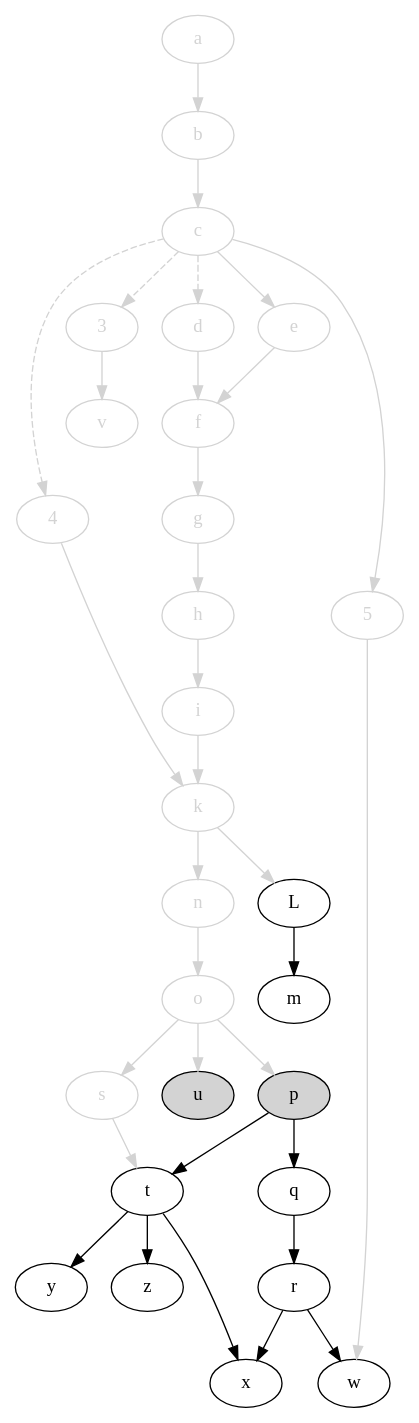
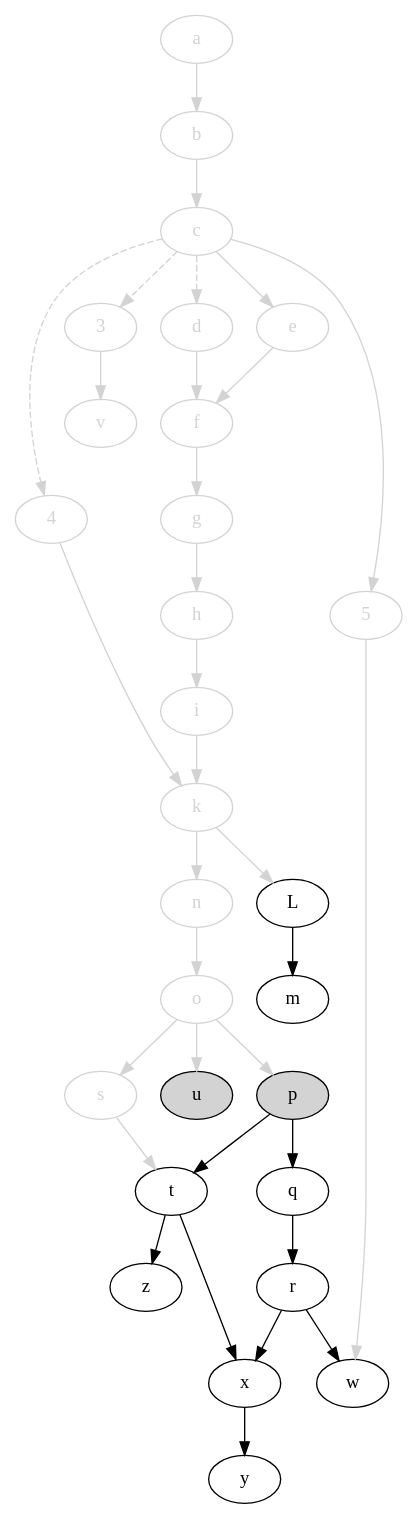
Before and after one commit to jdmpapin/svm-startup-deps: the diagram in svm-startup-deps.dot, drawn with Graphviz. The commit also changed 1 other file, not shown here.

```diff
--- a/svm-startup-deps.dot
+++ b/svm-startup-deps.dot
@@ -1,66 +1,66 @@
 digraph {
     // open: [style=filled,fillcolor=lightgrey]
     // closed: [color=lightgrey,fontcolor=lightgrey]
 
     4 [color=lightgrey,fontcolor=lightgrey];
     3 [color=lightgrey,fontcolor=lightgrey];
     a [color=lightgrey,fontcolor=lightgrey];
     b [color=lightgrey,fontcolor=lightgrey];
     c [color=lightgrey,fontcolor=lightgrey];
     d [color=lightgrey,fontcolor=lightgrey];
     e [color=lightgrey,fontcolor=lightgrey];
     f [color=lightgrey,fontcolor=lightgrey];
     g [color=lightgrey,fontcolor=lightgrey];
     h [color=lightgrey,fontcolor=lightgrey];
     i [color=lightgrey,fontcolor=lightgrey];
     k [color=lightgrey,fontcolor=lightgrey];
     L;
     m;
     5 [color=lightgrey,fontcolor=lightgrey];
     n [color=lightgrey,fontcolor=lightgrey];
     o [color=lightgrey,fontcolor=lightgrey];
     p [style=filled,fillcolor=lightgrey];
     q;
     r;
     s [color=lightgrey,fontcolor=lightgrey];
     t;
     u [style=filled,fillcolor=lightgrey];
     v [color=lightgrey,fontcolor=lightgrey];
     w;
     x;
     y;
     z;
 
     4 -> k [color=lightgrey];
     c -> 4 [style=dashed,color=lightgrey];
     c -> 3 [style=dashed,color=lightgrey];
     c -> d [style=dashed,color=lightgrey];
     3 -> v [color=lightgrey];
     a -> b [color=lightgrey];
     b -> c [color=lightgrey];
     c -> e [color=lightgrey];
     c -> 5 [color=lightgrey];
     d -> f [color=lightgrey];
     e -> f [color=lightgrey];
     f -> g [color=lightgrey];
     g -> h [color=lightgrey];
     h -> i [color=lightgrey];
     i -> k [color=lightgrey];
     k -> L [color=lightgrey];
     L -> m;
     k -> n [color=lightgrey];
     n -> o [color=lightgrey];
     o -> p [color=lightgrey];
     p -> q;
     q -> r;
     o -> s [color=lightgrey];
     s -> t [color=lightgrey];
     p -> t;
     o -> u [color=lightgrey];
     5 -> w [color=lightgrey];
     r -> w;
     t -> x;
     r -> x;
-    t -> y;
+    x -> y;
     t -> z;
 }
```
